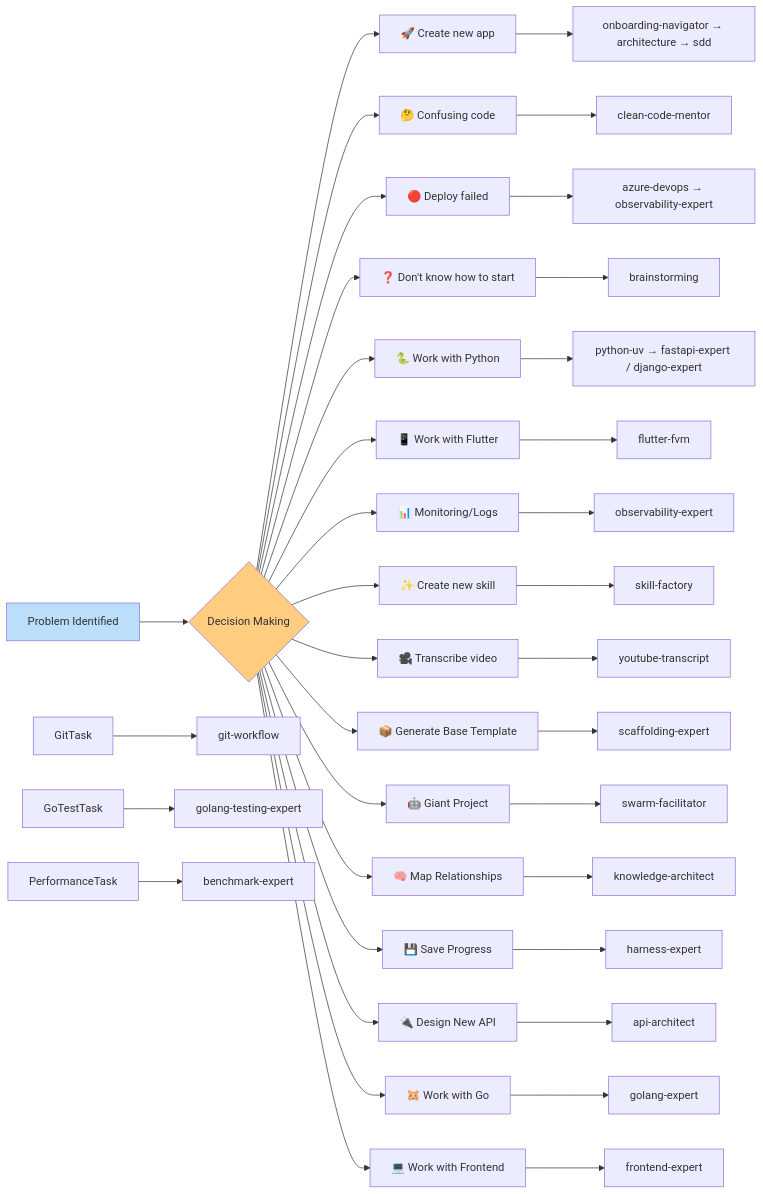
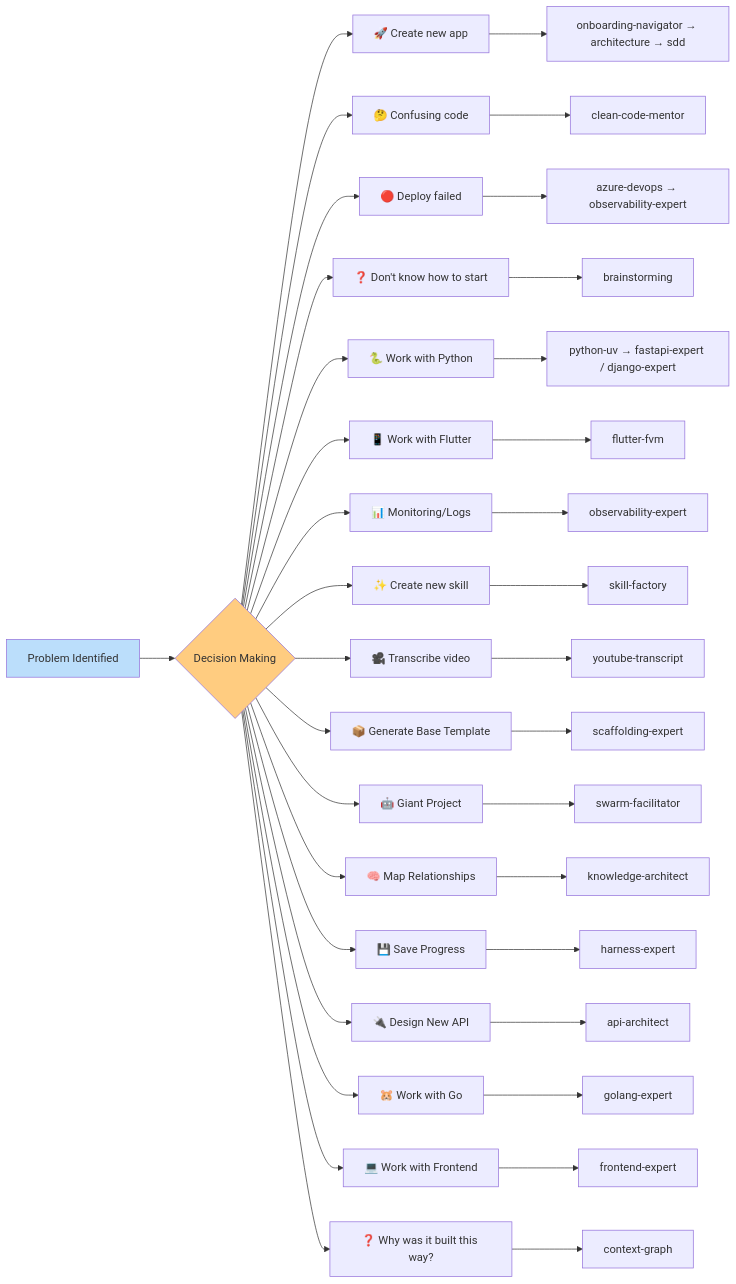
Before and after one commit to KlebersonCollab/skills: the second of 2 diagrams in onboarding-navigator/references/skills-catalog.md, drawn with Mermaid. The commit also changed other lines of this file and 23 other files, not shown here.

Commit message:
feat: implement context-graph skill and reinforce SDD global mandates

````diff
--- a/onboarding-navigator/references/skills-catalog.md
+++ b/onboarding-navigator/references/skills-catalog.md
@@ -111,44 +113,43 @@
 ```mermaid
 flowchart LR
     Problem[Problem Identified] --> Decision{Decision Making}
     
     Decision --> NewApp["🚀 Create new app"]
     Decision --> CodeSmell["🤔 Confusing code"]
     Decision --> DeployFailed["🔴 Deploy failed"]
     Decision --> NoIdea["❓ Don't know how to start"]
     Decision --> PythonTask["🐍 Work with Python"]
     Decision --> FlutterTask["📱 Work with Flutter"]
     Decision --> Monitor["📊 Monitoring/Logs"]
     Decision --> NewSkill["✨ Create new skill"]
     Decision --> YoutubeVid["🎥 Transcribe video"]
     Decision --> Scaffold["📦 Generate Base Template"]
     Decision --> Orchestrate["🤖 Giant Project"]
     Decision --> MapKnowledge["🧠 Map Relationships"]
     Decision --> SaveState["💾 Save Progress"]
     Decision --> NewAPI["🔌 Design New API"]
     Decision --> GoTask["🐹 Work with Go"]
     Decision --> FrontendTask["💻 Work with Frontend"]
+    Decision --> WhyArchitecture["❓ Why was it built this way?"]
     
     NewApp --> Path1[onboarding-navigator → architecture → sdd]
     CodeSmell --> Path2[clean-code-mentor]
     DeployFailed --> Path3[azure-devops → observability-expert]
     NoIdea --> Path4[brainstorming]
     PythonTask --> Path5[python-uv → fastapi-expert / django-expert]
     FlutterTask --> Path6[flutter-fvm]
     Monitor --> Path7[observability-expert]
     NewSkill --> Path8[skill-factory]
     YoutubeVid --> Path9[youtube-transcript]
     Scaffold --> Path10[scaffolding-expert]
     Orchestrate --> Path11[swarm-facilitator]
     MapKnowledge --> Path12[knowledge-architect]
     SaveState --> Path13[harness-expert]
     NewAPI --> Path14[api-architect]
     GoTask --> Path15[golang-expert]
     FrontendTask --> Path16[frontend-expert]
-    GitTask --> Path17[git-workflow]
-    GoTestTask --> Path18[golang-testing-expert]
-    PerformanceTask --> Path19[benchmark-expert]
+    WhyArchitecture --> Path17[context-graph]
     
     style Problem fill:#bbdefb
     style Decision fill:#ffcc80
 ```
````
